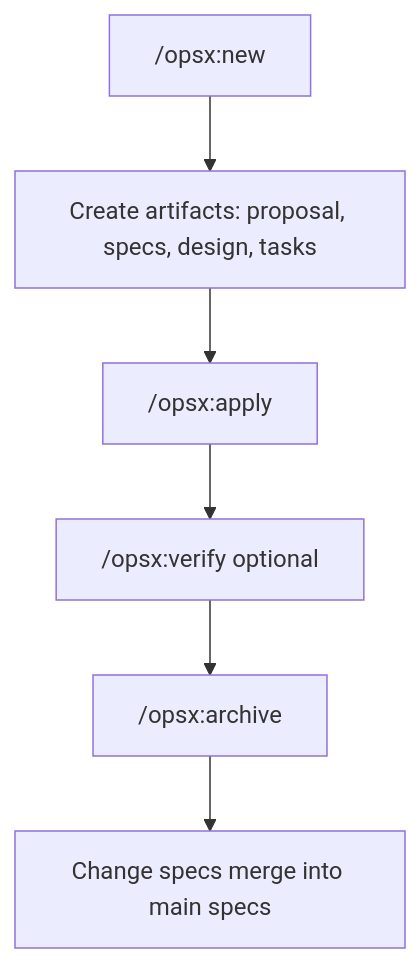
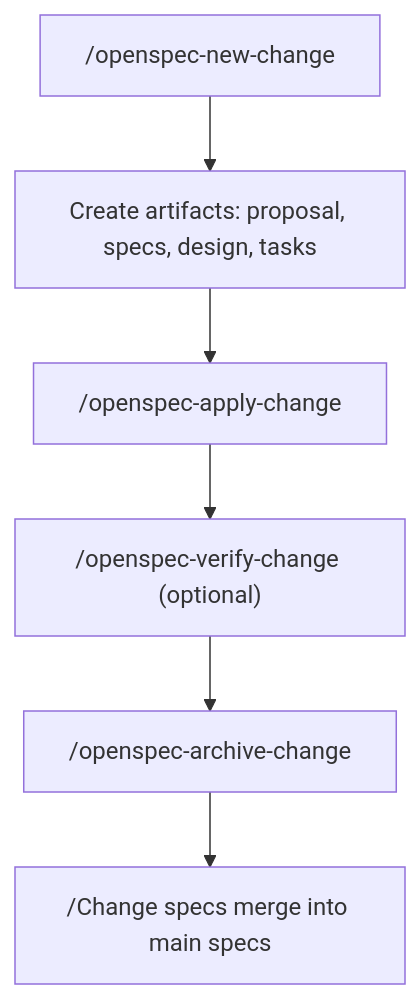
One commit to brandon-setegn/brandon-setegn.github.io changed the diagram in _posts/2025-01-31-Spec-Driven Development with OpenSpec.md. Above: the diagram before and after it, drawn with Mermaid. The commit also changed other lines of this file and 4 other files, not shown here.

````diff
--- a/_posts/2025-01-31-Spec-Driven Development with OpenSpec.md
+++ b/_posts/2025-01-31-Spec-Driven Development with OpenSpec.md
@@ -51,15 +69,14 @@
 ```mermaid
 flowchart TB
-  newChange["/opsx:new"]
-  createArtifacts["Create artifacts: proposal, specs, design, tasks"]
-  applyCmd["/opsx:apply"]
-  verifyCmd["/opsx:verify optional"]
-  archiveCmd["/opsx:archive"]
-  mergeSpecs["Change specs merge into main specs"]
-
-  newChange --> createArtifacts
-  createArtifacts --> applyCmd
-  applyCmd --> verifyCmd
-  verifyCmd --> archiveCmd
-  archiveCmd --> mergeSpecs
+ newChange["/openspec-new-change"]
+ createArtifacts["Create artifacts: proposal, specs, design, tasks"]
+ applyCmd["/openspec-apply-change"]
+ verifyCmd["/openspec-verify-change (optional)"]
+ archiveCmd["/openspec-archive-change"]
+ mergeSpecs["/Change specs merge into main specs"]
+ newChange --> createArtifacts
+ createArtifacts --> applyCmd
+ applyCmd --> verifyCmd
+ verifyCmd --> archiveCmd
+ archiveCmd --> mergeSpecs
 ```
````
